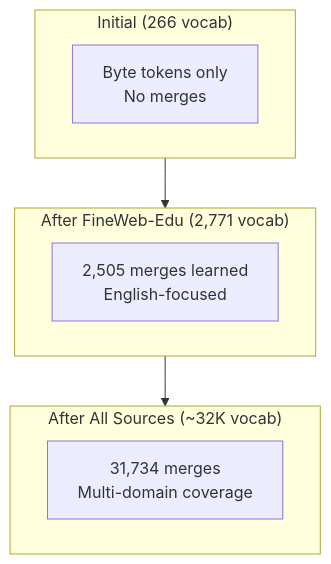
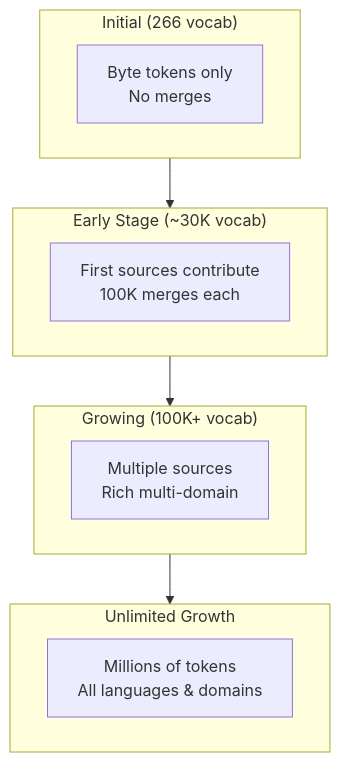
Before and after one commit to Nexaroa/neuroshard: the second of 2 diagrams in docs-site/architecture/tokenization.md, drawn with Mermaid. The commit also changed other lines of this file and 4 other files, not shown here.

First line of the commit message:
Update tokenizer documentation and configuration for unlimited vocabulary growth

````diff
--- a/docs-site/architecture/tokenization.md
+++ b/docs-site/architecture/tokenization.md
@@ -175,17 +181,22 @@
 ```mermaid
 graph TD
     subgraph T0["Initial (266 vocab)"]
         Base["Byte tokens only<br/>No merges"]
     end
     
-    subgraph T1["After FineWeb-Edu (2,771 vocab)"]
-        FW["2,505 merges learned<br/>English-focused"]
+    subgraph T1["Early Stage (~30K vocab)"]
+        FW["First sources contribute<br/>100K merges each"]
     end
     
-    subgraph T2["After All Sources (~32K vocab)"]
-        Full["31,734 merges<br/>Multi-domain coverage"]
+    subgraph T2["Growing (100K+ vocab)"]
+        Growing["Multiple sources<br/>Rich multi-domain"]
+    end
+    
+    subgraph T3["Unlimited Growth"]
+        Full["Millions of tokens<br/>All languages & domains"]
     end
     
     T0 --> T1
     T1 --> T2
+    T2 --> T3
 ```
````
